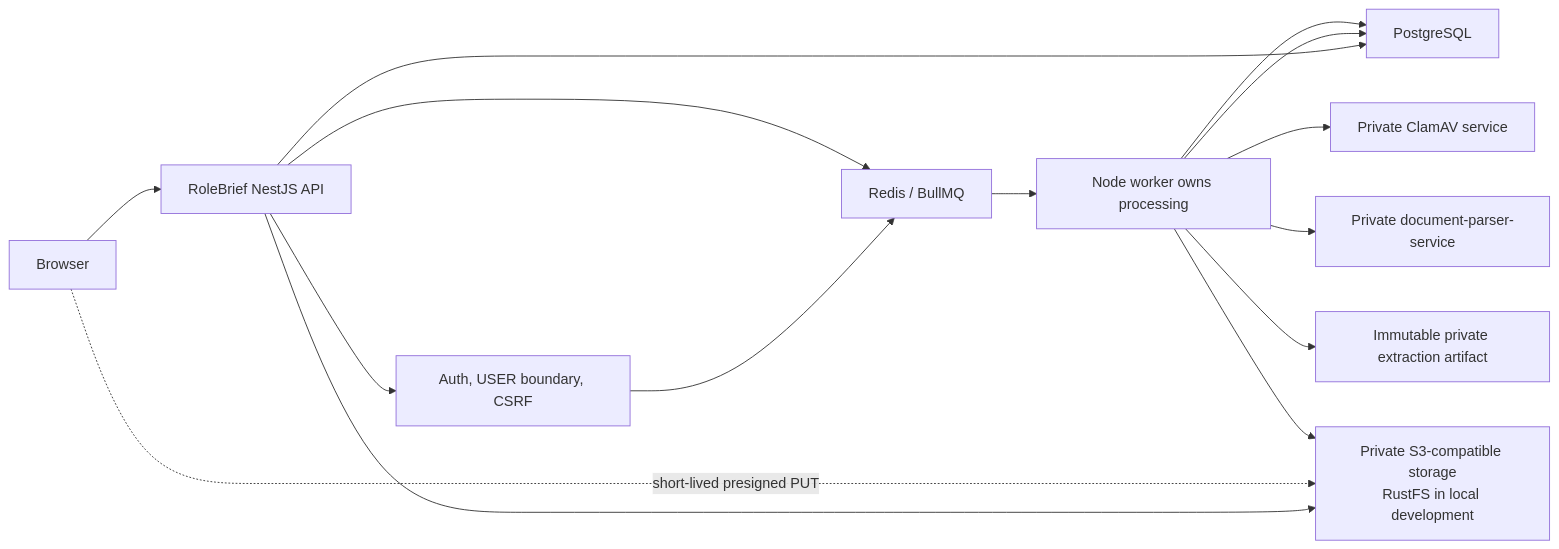
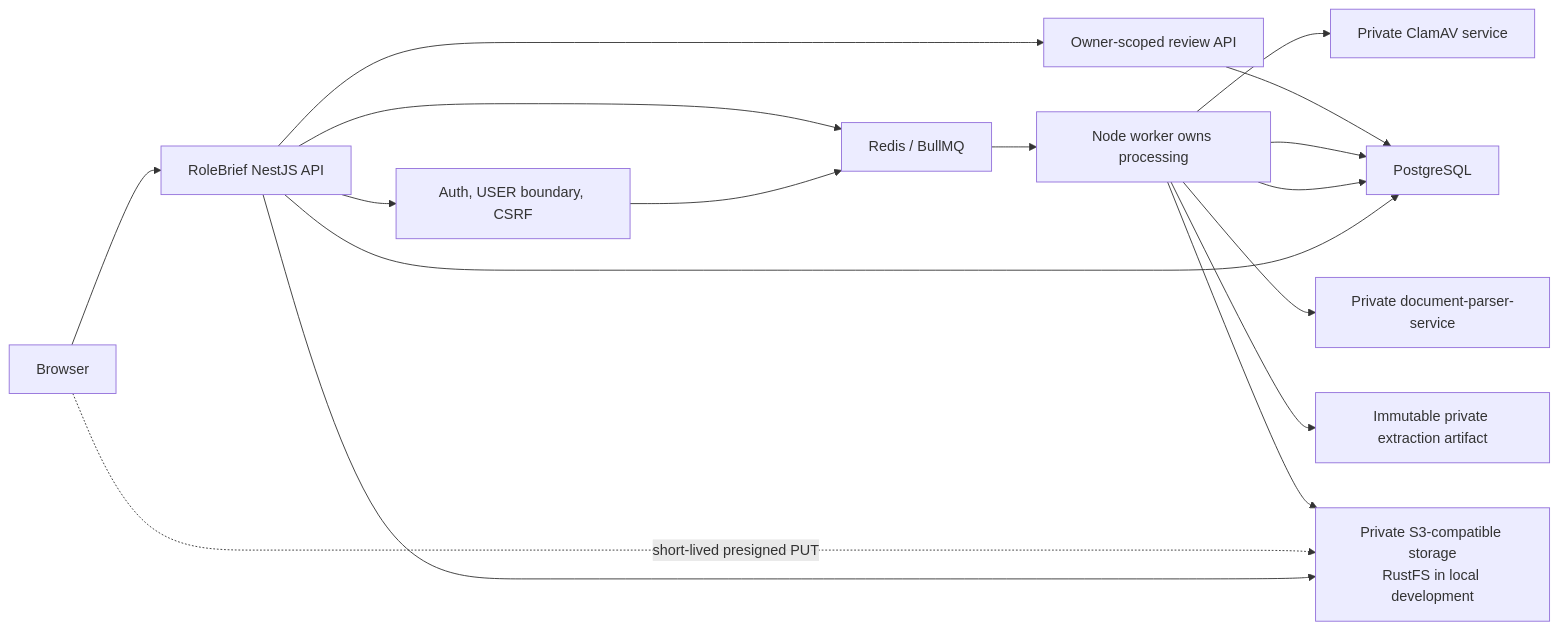
One commit to YounasKhan2/rolebrief changed the fifth of 6 diagrams in README.md. Above: the diagram before and after it, drawn with Mermaid. The commit also changed other lines of this file and 10 other files, not shown here.

````diff
--- a/README.md
+++ b/README.md
@@ -266,28 +266,31 @@
 ```mermaid
 flowchart LR
   Browser["Browser"]
   API["RoleBrief NestJS API"]
   Auth["Auth, USER boundary, CSRF"]
   Storage["Private S3-compatible storage<br/>RustFS in local development"]
   Redis["Redis / BullMQ"]
   Worker["Node worker owns processing"]
   ClamAV["Private ClamAV service"]
   Parser["Private document-parser-service"]
   Artifact["Immutable private extraction artifact"]
+  Review["Owner-scoped review API"]
   DB["PostgreSQL"]
 
   Browser --> API
   API --> Auth
   Auth --> Redis
   API --> DB
   API --> Storage
   Browser -. short-lived presigned PUT .-> Storage
   API --> Redis
   Redis --> Worker
   Worker --> DB
   Worker --> Storage
   Worker --> ClamAV
   Worker --> Parser
   Worker --> Artifact
   Worker --> DB
+  API --> Review
+  Review --> DB
 ```
````
